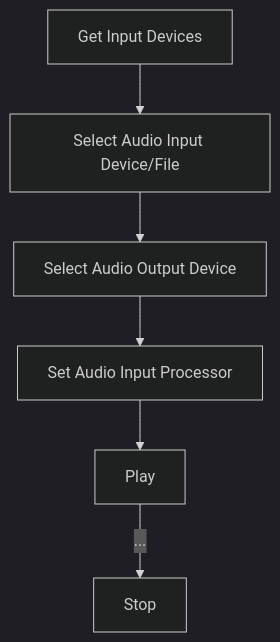
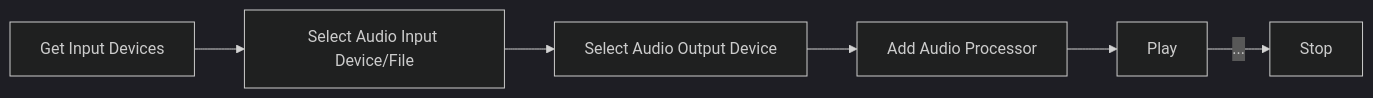
Before and after one commit to aidan-clyens/miniaudioengine: the tenth of 28 diagrams in docs/DESIGN_DOC.md, drawn with Mermaid (dark theme). The commit also changed other lines of this file and 4 other files, not shown here.

````diff
--- a/docs/DESIGN_DOC.md
+++ b/docs/DESIGN_DOC.md
@@ -295,16 +296,16 @@
 ```mermaid
-flowchart TD
+flowchart LR
 
     Step1["Get Input Devices"]
     Step2["Select Audio Input Device/File"]
     Step3["Select Audio Output Device"]
-    Step4["Set Audio Input Processor"]
+    Step4["Add Audio Processor"]
     Step5["Play"]
     Step6["Stop"]
 
     Step1 --> Step2
     Step2 --> Step3
     Step3 --> Step4
     Step4 --> Step5
     Step5 --> |...|Step6
 ```
````
